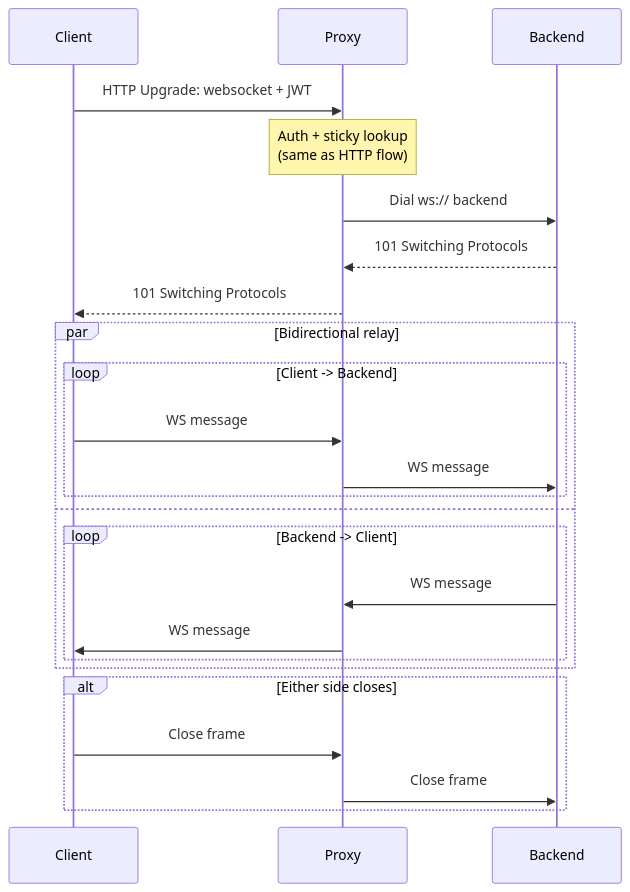
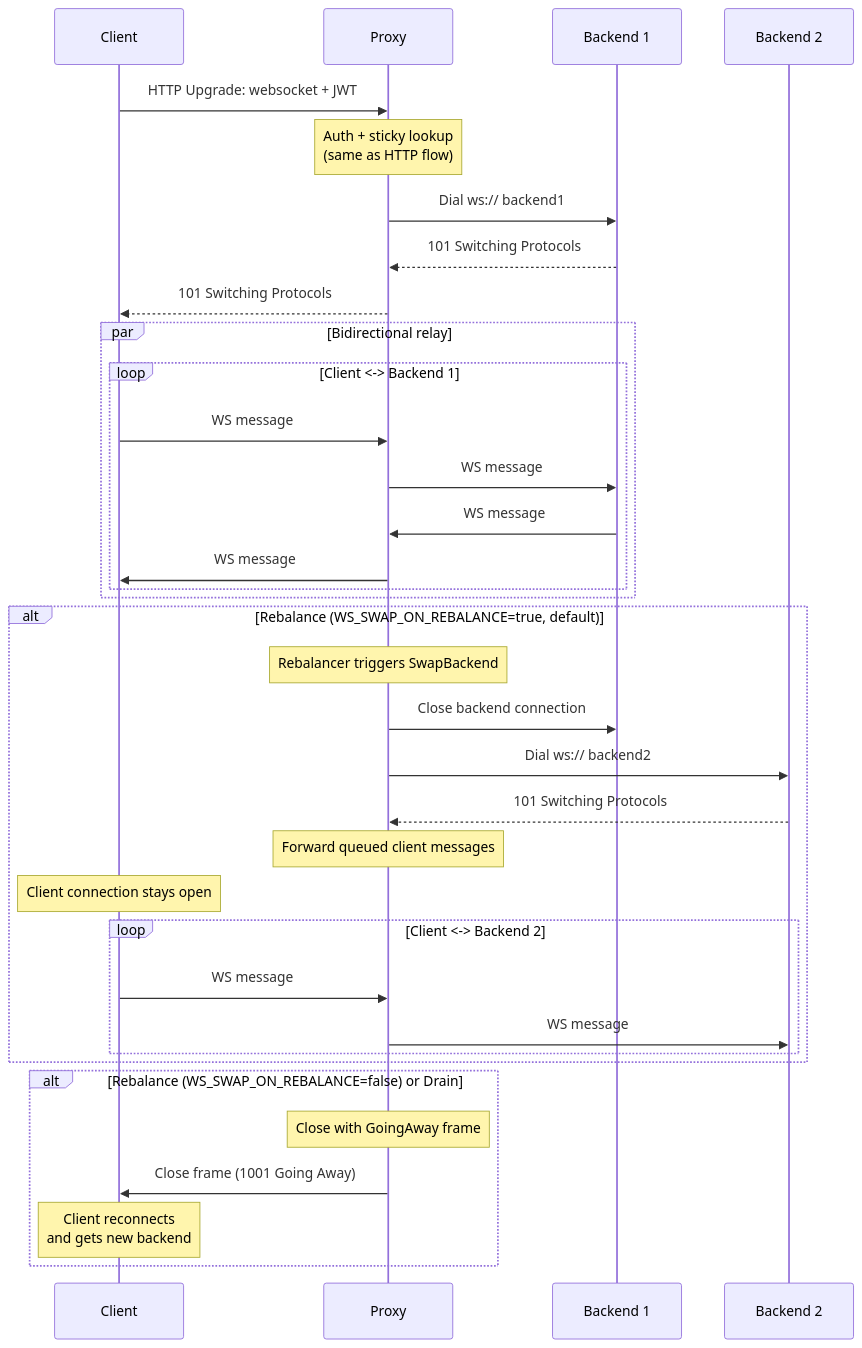
The sixth of 10 diagrams in README.md (awesome-net-dev/sticky-proxy), drawn with Mermaid before and after one commit. The commit also changed other lines of this file and 8 other files, not shown here.

First line of the commit message:
feat: transparent WebSocket backend swap on rebalance

````diff
--- a/README.md
+++ b/README.md
@@ -228,29 +228,41 @@
 ```mermaid
 sequenceDiagram
     participant C as Client
     participant P as Proxy
-    participant B as Backend
+    participant B1 as Backend 1
+    participant B2 as Backend 2
 
     C->>P: HTTP Upgrade: websocket + JWT
     Note over P: Auth + sticky lookup<br/>(same as HTTP flow)
-    P->>B: Dial ws:// backend
-    B-->>P: 101 Switching Protocols
+    P->>B1: Dial ws:// backend1
+    B1-->>P: 101 Switching Protocols
     P-->>C: 101 Switching Protocols
 
     par Bidirectional relay
-        loop Client -> Backend
+        loop Client <-> Backend 1
             C->>P: WS message
-            P->>B: WS message
-        end
-    and
-        loop Backend -> Client
-            B->>P: WS message
+            P->>B1: WS message
+            B1->>P: WS message
             P->>C: WS message
         end
     end
 
-    alt Either side closes
-        C->>P: Close frame
-        P->>B: Close frame
+    alt Rebalance (WS_SWAP_ON_REBALANCE=true, default)
+        Note over P: Rebalancer triggers SwapBackend
+        P->>B1: Close backend connection
+        P->>B2: Dial ws:// backend2
+        B2-->>P: 101 Switching Protocols
+        Note over P: Forward queued client messages
+        Note over C: Client connection stays open
+        loop Client <-> Backend 2
+            C->>P: WS message
+            P->>B2: WS message
+        end
+    end
+
+    alt Rebalance (WS_SWAP_ON_REBALANCE=false) or Drain
+        Note over P: Close with GoingAway frame
+        P->>C: Close frame (1001 Going Away)
+        Note over C: Client reconnects<br/>and gets new backend
     end
 ```
````
